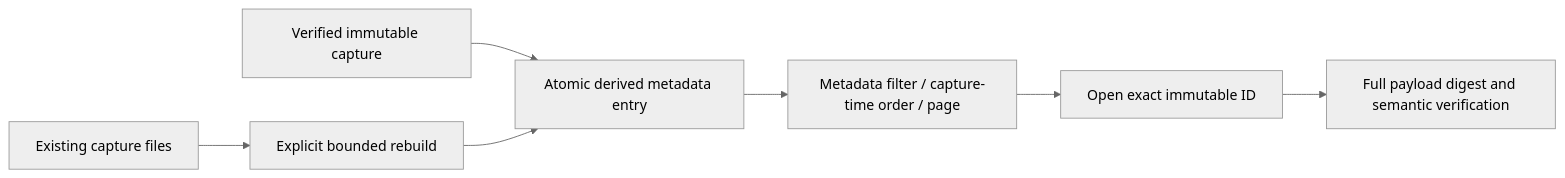
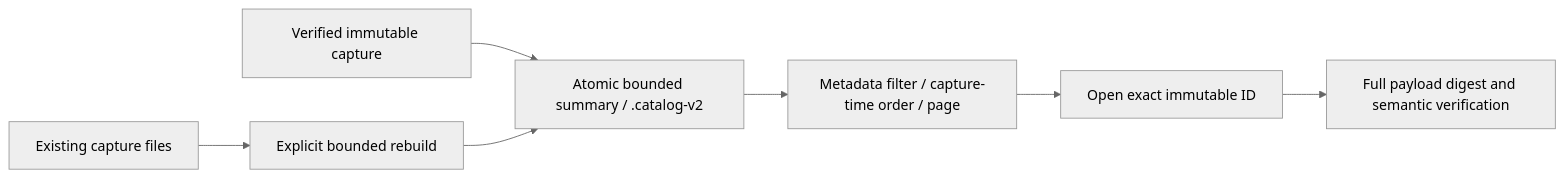
One commit to casselc/goo changed the diagram in docs/GENERAL_CAPTURES.md. Above: the diagram before and after it, drawn with Mermaid (neutral theme). The commit also changed other lines of this file and 29 other files, not shown here.

Commit message:
fix: keep accepted captures indexable with bounded catalog summaries

````diff
--- a/docs/GENERAL_CAPTURES.md
+++ b/docs/GENERAL_CAPTURES.md
@@ -145,9 +145,9 @@
 ```mermaid
 flowchart LR
-  Capture[Verified immutable capture] --> Publish[Atomic derived metadata entry]
+  Capture[Verified immutable capture] --> Publish[Atomic bounded summary / .catalog-v2]
   Existing[Existing capture files] --> Rebuild[Explicit bounded rebuild]
   Rebuild --> Publish
   Publish --> Search[Metadata filter / capture-time order / page]
   Search --> Open[Open exact immutable ID]
   Open --> Verify[Full payload digest and semantic verification]
 ```
````
